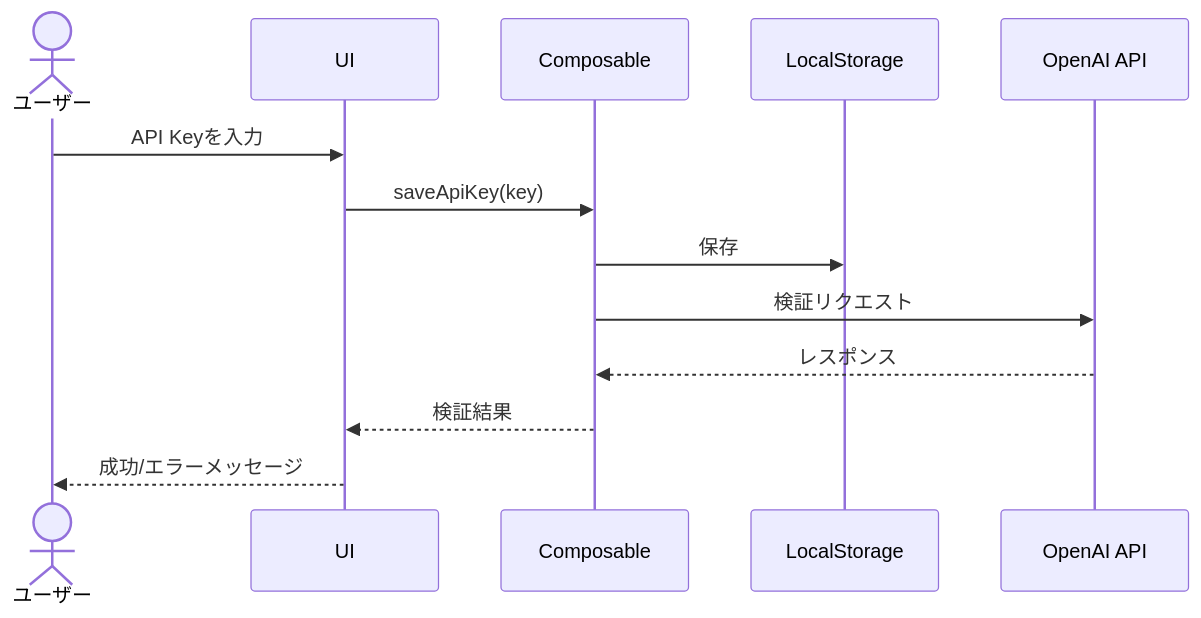
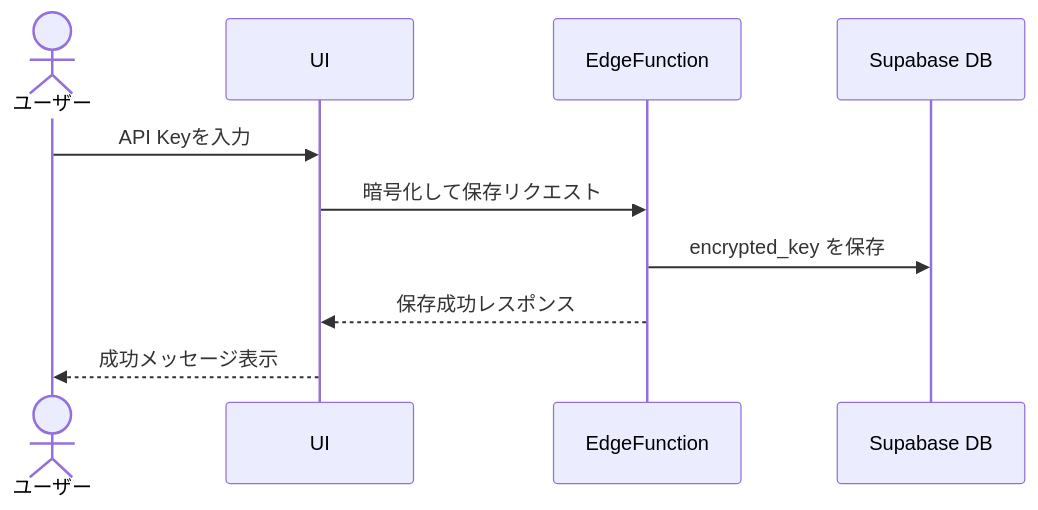
One commit to OtsukaTomoaki/prompt_smith changed the first of 3 diagrams in docs/designs/openai_api_settings_design.md. Above: the diagram before and after it, drawn with Mermaid. The commit also changed other lines of this file and 1 other file, not shown here.

````diff
--- a/docs/designs/openai_api_settings_design.md
+++ b/docs/designs/openai_api_settings_design.md
@@ -85,11 +63,9 @@
 ```mermaid
 sequenceDiagram
     Actor ユーザー
     ユーザー->>UI: API Keyを入力
-    UI->>Composable: saveApiKey(key)
-    Composable->>LocalStorage: 保存
-    Composable->>OpenAI API: 検証リクエスト
-    OpenAI API-->>Composable: レスポンス
-    Composable-->>UI: 検証結果
-    UI-->>ユーザー: 成功/エラーメッセージ
+    UI->>EdgeFunction: 暗号化して保存リクエスト
+    EdgeFunction->>Supabase DB: encrypted_key を保存
+    EdgeFunction-->>UI: 保存成功レスポンス
+    UI-->>ユーザー: 成功メッセージ表示
 ```
````
